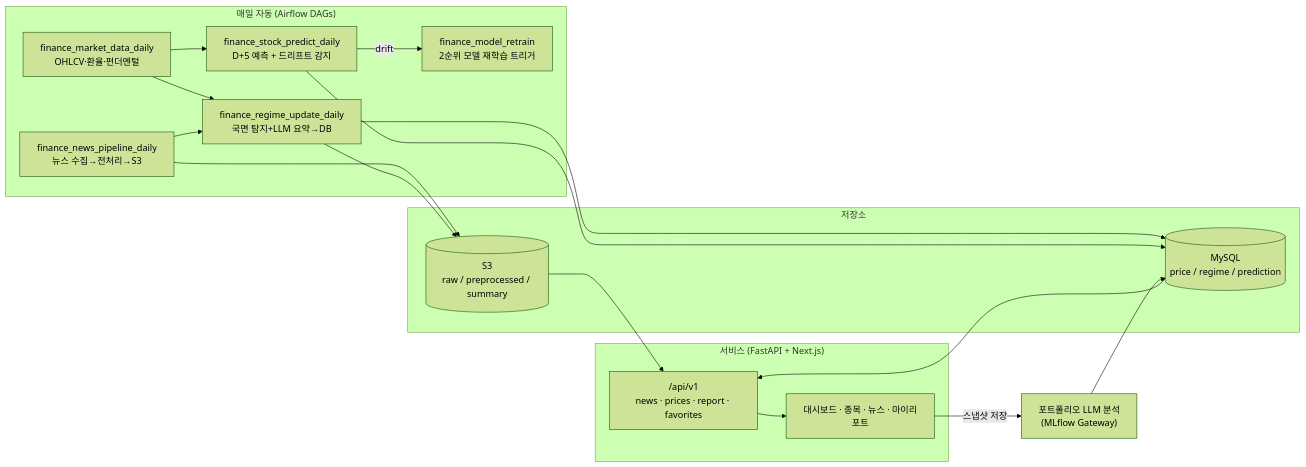
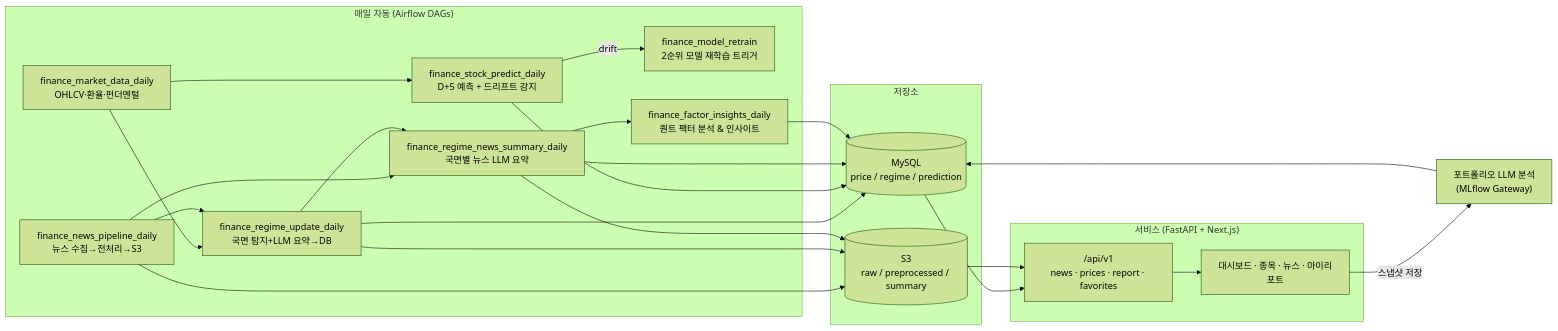
One commit to hwan1111/whai changed the second of 2 diagrams in Submit.md. Above: the diagram before and after it, drawn with Mermaid (forest theme). The commit also changed other lines of this file, not shown here.

Commit message:
Update dependencies and model inference comments

````diff
--- a/Submit.md
+++ b/Submit.md
@@ -179,36 +179,46 @@
 ```mermaid
 flowchart LR
     subgraph DAILY["매일 자동 (Airflow DAGs)"]
         D1["finance_market_data_daily<br/>OHLCV·환율·펀더멘털"]
         D2["finance_news_pipeline_daily<br/>뉴스 수집→전처리→S3"]
         D3["finance_regime_update_daily<br/>국면 탐지+LLM 요약→DB"]
         D4["finance_stock_predict_daily<br/>D+5 예측 + 드리프트 감지"]
         D5["finance_model_retrain<br/>2순위 모델 재학습 트리거"]
+        D6["finance_regime_news_summary_daily<br/>국면별 뉴스 LLM 요약"]
+        D7["finance_factor_insights_daily<br/>퀀트 팩터 분석 & 인사이트"]
     end
 
     D1 --> D3
     D2 --> D3
     D1 --> D4
     D4 -->|drift| D5
+    D2 --> D6
+    D3 --> D6
+    D6 --> D7
 
     subgraph STORE["저장소"]
         S3[("S3<br/>raw / preprocessed / summary")]
         MYSQL[("MySQL<br/>price / regime / prediction")]
     end
 
     D2 --> S3
     D3 --> S3
     D3 --> MYSQL
     D4 --> MYSQL
+    
+    %% 신규 DAG 저장소 연결
+    D6 --> S3
+    D6 --> MYSQL
+    D7 --> MYSQL
 
     subgraph SERVE["서비스 (FastAPI + Next.js)"]
         API["/api/v1<br/>news · prices · report · favorites"]
         UI["대시보드 · 종목 · 뉴스 · 마이리포트"]
     end
 
     MYSQL --> API
     S3 --> API
     API --> UI
     UI -->|스냅샷 저장| PORT["포트폴리오 LLM 분석<br/>(MLflow Gateway)"]
     PORT --> MYSQL
 ```
````
